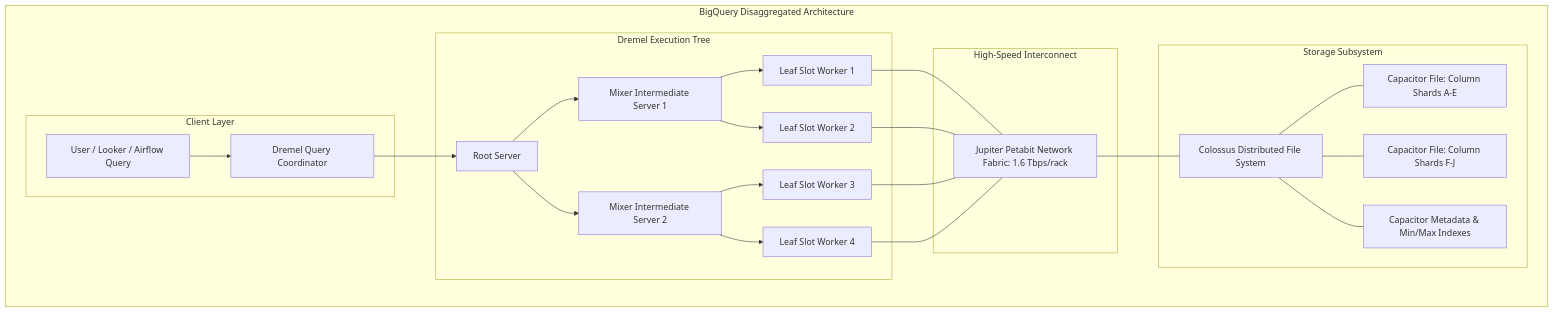
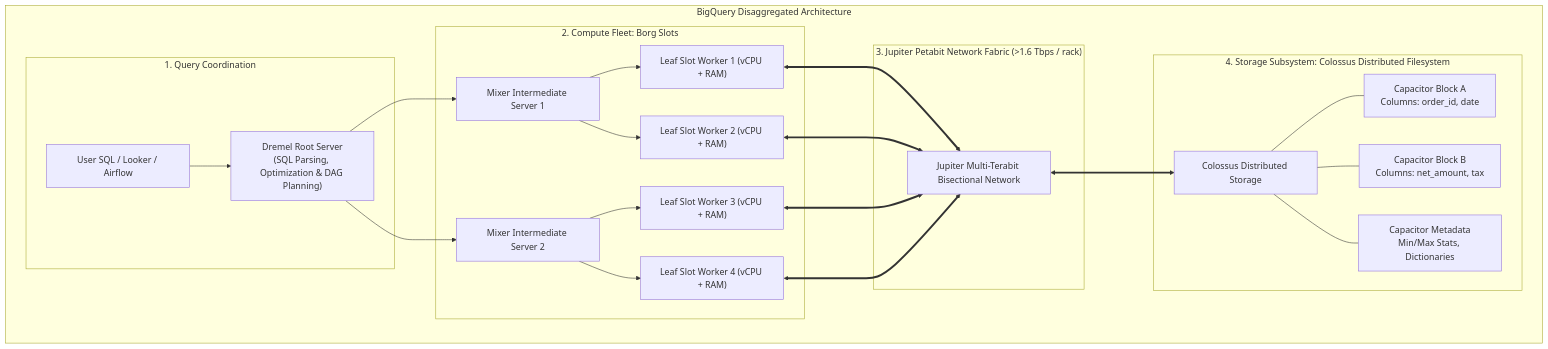
Before and after one commit to rohithvishaal/GCP_PDE_Notes: the first of 2 diagrams in 03_phase2_lifecycle_architecture/03_storage_modeling_and_lakehouse.md, drawn with Mermaid. The commit also changed other lines of this file and 15 other files, not shown here.

````diff
--- a/03_phase2_lifecycle_architecture/03_storage_modeling_and_lakehouse.md
+++ b/03_phase2_lifecycle_architecture/03_storage_modeling_and_lakehouse.md
@@ -45,29 +59,28 @@
 ```mermaid
-graph TD
-    subgraph BigQuery Disaggregated Architecture
-        subgraph Client Layer
-            Client[User / Looker / Airflow Query] --> Engine[Dremel Query Coordinator]
+flowchart TD
+    subgraph BigQuery_Disaggregated_Architecture["BigQuery Disaggregated Architecture"]
+        subgraph Client_Query_Layer["1. Query Coordination"]
+            UserQuery["User SQL / Looker / Airflow"] --> DremelRoot["Dremel Root Server<br/>(SQL Parsing, Optimization & DAG Planning)"]
         end
 
-        subgraph Dremel Execution Tree
-            Engine --> Root[Root Server]
-            Root --> Intermediate1[Mixer Intermediate Server 1]
-            Root --> Intermediate2[Mixer Intermediate Server 2]
-            Intermediate1 --> Leaf1[Leaf Slot Worker 1]
-            Intermediate1 --> Leaf2[Leaf Slot Worker 2]
-            Intermediate2 --> Leaf3[Leaf Slot Worker 3]
-            Intermediate2 --> Leaf4[Leaf Slot Worker 4]
+        subgraph Borg_Compute_Fleet["2. Compute Fleet: Borg Slots"]
+            DremelRoot --> Mixer1["Mixer Intermediate Server 1"]
+            DremelRoot --> Mixer2["Mixer Intermediate Server 2"]
+            Mixer1 --> Slot1["Leaf Slot Worker 1 (vCPU + RAM)"]
+            Mixer1 --> Slot2["Leaf Slot Worker 2 (vCPU + RAM)"]
+            Mixer2 --> Slot3["Leaf Slot Worker 3 (vCPU + RAM)"]
+            Mixer2 --> Slot4["Leaf Slot Worker 4 (vCPU + RAM)"]
         end
 
-        subgraph High-Speed Interconnect
-            Leaf1 & Leaf2 & Leaf3 & Leaf4 --- Jupiter[Jupiter Petabit Network Fabric: 1.6 Tbps/rack]
+        subgraph Network_Fabric["3. Jupiter Petabit Network Fabric (>1.6 Tbps / rack)"]
+            Slot1 & Slot2 & Slot3 & Slot4 <===> JupiterFabric["Jupiter Multi-Terabit Bisectional Network"]
         end
 
-        subgraph Storage Subsystem
-            Jupiter --- Colossus[Colossus Distributed File System]
-            Colossus --- Cap1[Capacitor File: Column Shards A-E]
-            Colossus --- Cap2[Capacitor File: Column Shards F-J]
-            Colossus --- Cap3[Capacitor Metadata & Min/Max Indexes]
+        subgraph Colossus_Storage_Subsystem["4. Storage Subsystem: Colossus Distributed Filesystem"]
+            JupiterFabric <===> ColossusFS["Colossus Distributed Storage"]
+            ColossusFS --- CapA["Capacitor Block A<br/>Columns: order_id, date"]
+            ColossusFS --- CapB["Capacitor Block B<br/>Columns: net_amount, tax"]
+            ColossusFS --- CapMeta["Capacitor Metadata<br/>Min/Max Stats, Dictionaries"]
         end
     end
 ```
````
